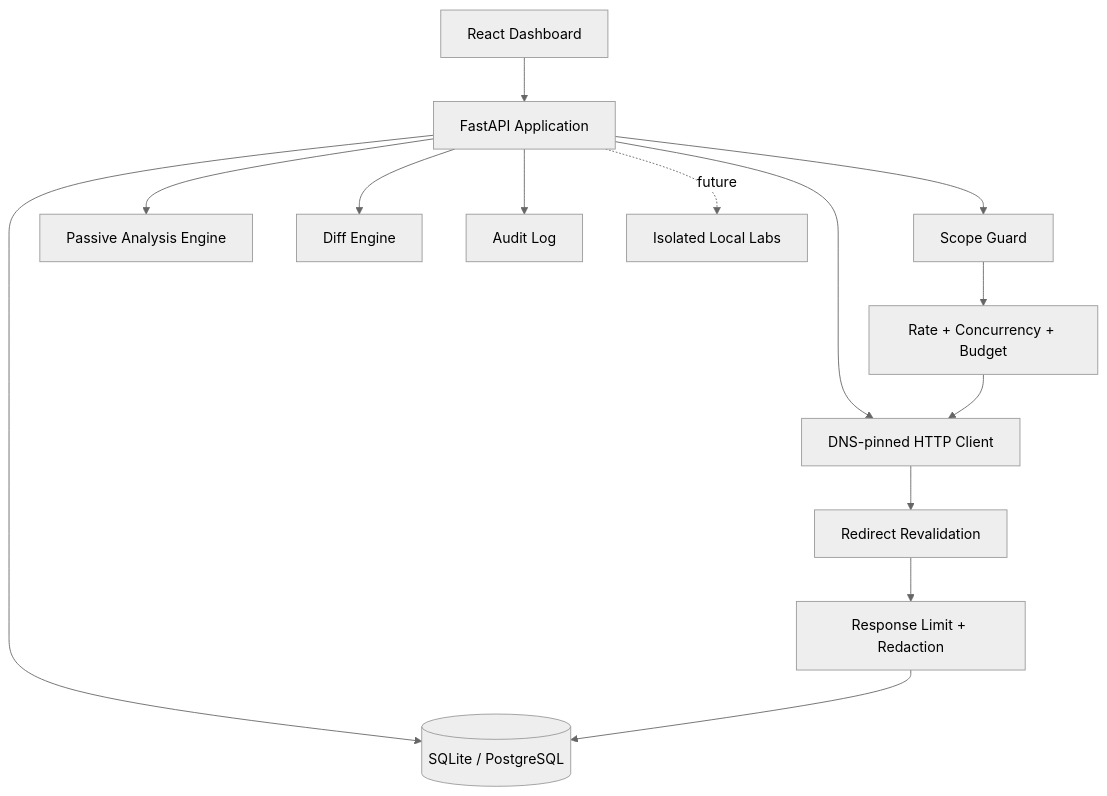
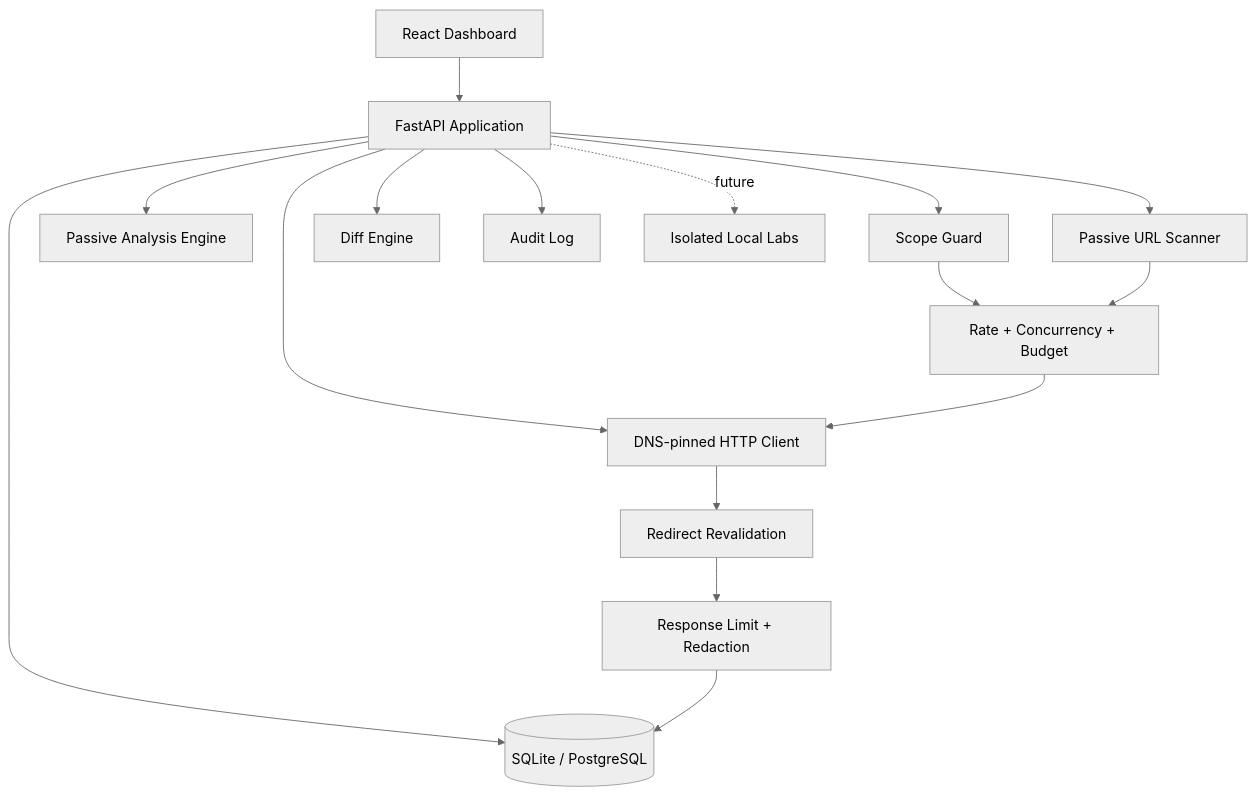
One commit to MintKangaroo/WebHacking_Lab changed the first of 2 diagrams in README.md. Above: the diagram before and after it, drawn with Mermaid (neutral theme). The commit also changed other lines of this file and 11 other files, not shown here.

````diff
--- a/README.md
+++ b/README.md
@@ -120,16 +148,18 @@
 ```mermaid
 flowchart TD
     UI[React Dashboard] --> API[FastAPI Application]
     API --> SG[Scope Guard]
     API --> HC[DNS-pinned HTTP Client]
     API --> AN[Passive Analysis Engine]
+    API --> SC[Passive URL Scanner]
     API --> DF[Diff Engine]
     API --> AU[Audit Log]
     API --> DB[(SQLite / PostgreSQL)]
     SG --> RL[Rate + Concurrency + Budget]
     RL --> HC
+    SC --> RL
     HC --> RG[Redirect Revalidation]
     RG --> RD[Response Limit + Redaction]
     RD --> DB
     API -. future .-> LAB[Isolated Local Labs]
 ```
````
